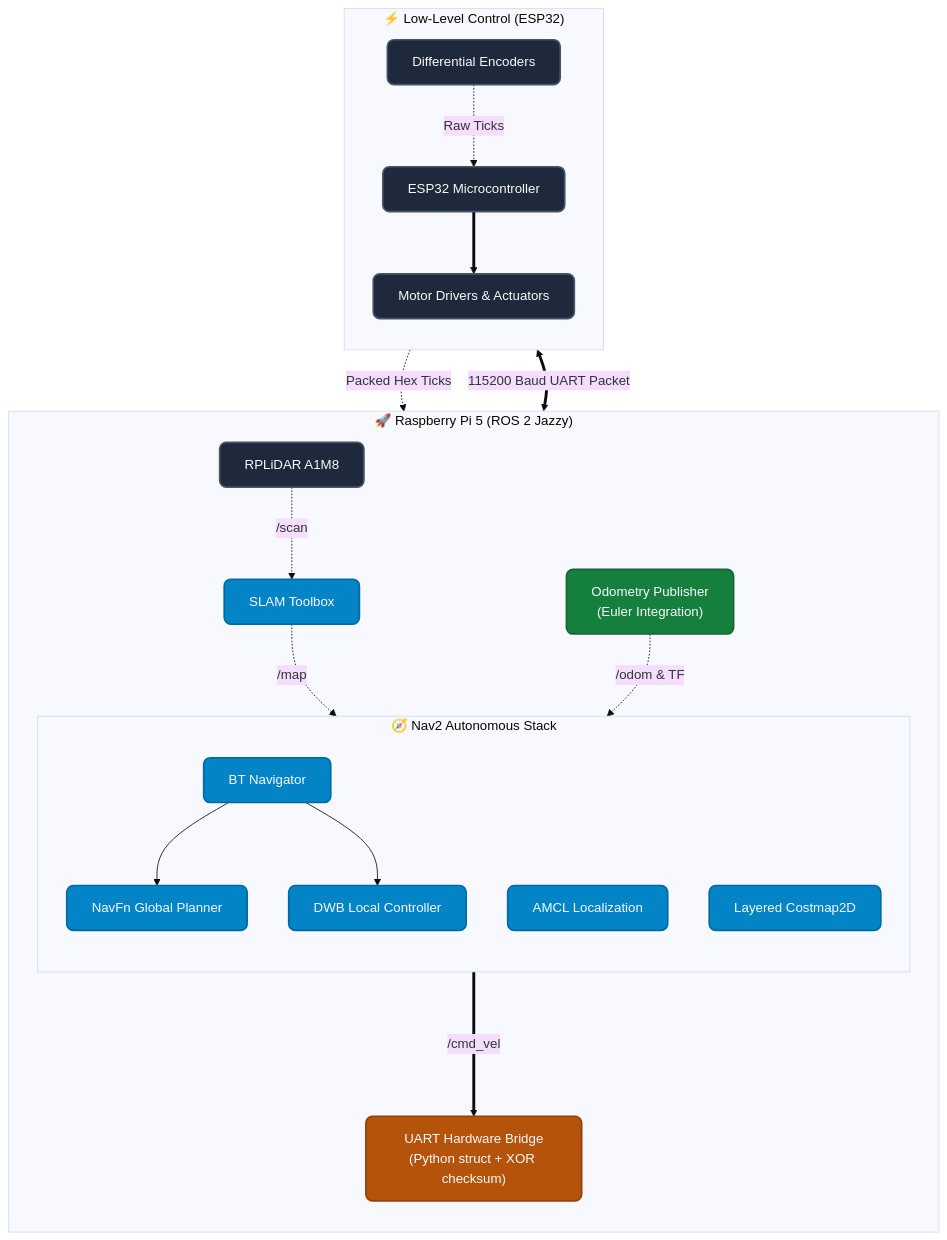
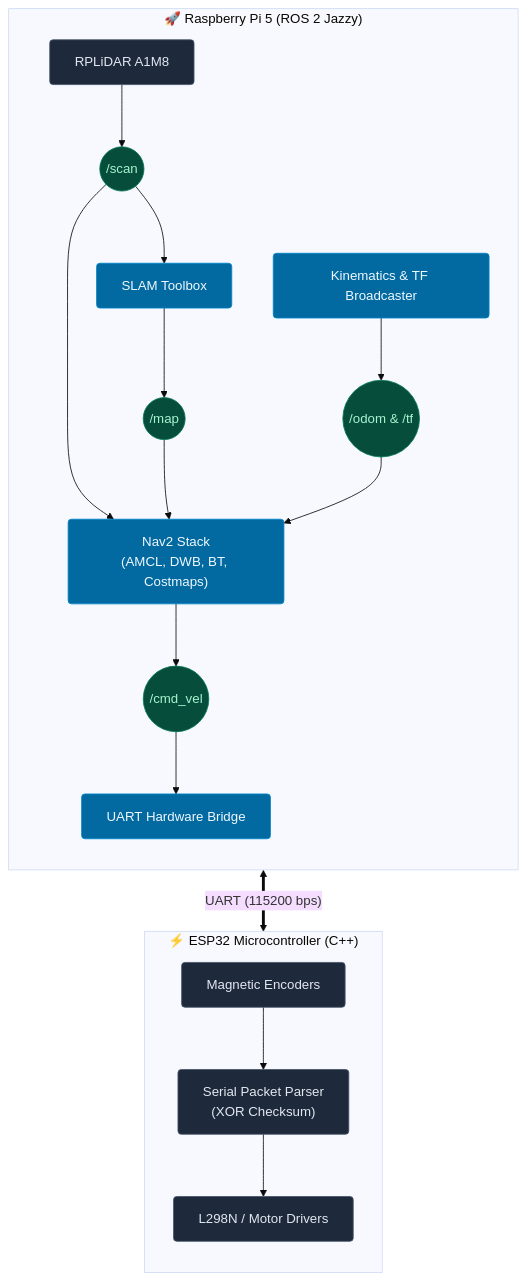
Before and after one commit to harshagm665-netizen/amr-nav-stack: the diagram in README.md, drawn with Mermaid (base theme).

Commit message:
docs: redesign architecture diagram for strict pub/sub ROS methodology

````diff
--- a/README.md
+++ b/README.md
@@ -32,40 +32,51 @@
 ```mermaid
-flowchart TD
-    %% Custom Styles for a Professional Aesthetic
-    classDef hardware fill:#1e293b,stroke:#475569,stroke-width:2px,color:#f8fafc,rx:8px,ry:8px;
-    classDef software fill:#0284c7,stroke:#0369a1,stroke-width:2px,color:#f8fafc,rx:8px,ry:8px;
-    classDef rosnode fill:#15803d,stroke:#166534,stroke-width:2px,color:#f8fafc,rx:8px,ry:8px;
-    classDef comms fill:#b45309,stroke:#92400e,stroke-width:2px,color:#f8fafc,rx:8px,ry:8px;
-    
-    %% Core System Graph
-    subgraph RPi ["🚀 Raspberry Pi 5 (ROS 2 Jazzy)"]
+flowchart TB
+    %% Premium ROS2 Styling
+    classDef hardware fill:#1e293b,stroke:#475569,stroke-width:1px,color:#e2e8f0,rx:4px
+    classDef rosnode fill:#0369a1,stroke:#0284c7,stroke-width:1px,color:#f0f9ff,rx:4px
+    classDef topic fill:#064e3b,stroke:#047857,stroke-width:1px,color:#a7f3d0,rx:16px
+
+    subgraph Pi["🚀 Raspberry Pi 5 (ROS 2 Jazzy)"]
         direction TB
         
-        LIDAR["RPLiDAR A1M8"]:::hardware -.->|/scan| SLAM["SLAM Toolbox"]:::software
+        %% Hardware & Nodes
+        LIDAR["RPLiDAR A1M8"]:::hardware
+        SLAM["SLAM Toolbox"]:::rosnode
+        Nav2["Nav2 Stack<br/>(AMCL, DWB, BT, Costmaps)"]:::rosnode
+        Odom["Kinematics & TF Broadcaster"]:::rosnode
+        Bridge["UART Hardware Bridge"]:::rosnode
         
-        subgraph Nav2 ["🧭 Nav2 Autonomous Stack"]
-            direction TB
-            BT["BT Navigator"]:::software --> NavFn["NavFn Global Planner"]:::software
-            BT --> DWB["DWB Local Controller"]:::software
-            AMCL["AMCL Localization"]:::software
-            Costmap["Layered Costmap2D"]:::software
-        end
+        %% Topics (Pub/Sub Hubs)
+        T_Scan(("/scan")):::topic
+        T_Map(("/map")):::topic
+        T_Odom(("/odom & /tf")):::topic
+        T_Cmd(("/cmd_vel")):::topic
         
-        SLAM -.->|/map| Nav2
-        ODOM["Odometry Publisher<br/>(Euler Integration)"]:::rosnode -.->|/odom & TF| Nav2
+        %% Data Flow
+        LIDAR --> T_Scan
+        T_Scan --> SLAM
+        T_Scan --> Nav2
         
-        Nav2 == /cmd_vel ===> HW["UART Hardware Bridge<br/>(Python struct + XOR checksum)"]:::comms
+        SLAM --> T_Map
+        T_Map --> Nav2
+        
+        Odom --> T_Odom
+        T_Odom --> Nav2
+        
+        Nav2 --> T_Cmd
+        T_Cmd --> Bridge
     end
 
-    subgraph ESP ["⚡ Low-Level Control (ESP32)"]
+    subgraph MCU["⚡ ESP32 Microcontroller (C++)"]
         direction TB
-        MCU["ESP32 Microcontroller"]:::hardware
-        Motors["Motor Drivers & Actuators"]:::hardware
-        Encoders["Differential Encoders"]:::hardware
+        Firmware["Serial Packet Parser<br/>(XOR Checksum)"]:::hardware
+        Motor["L298N / Motor Drivers"]:::hardware
+        Enc["Magnetic Encoders"]:::hardware
+        
+        Firmware --> Motor
+        Enc --> Firmware
     end
 
-    HW <=="115200 Baud UART Packet"==> MCU
-    MCU ==> Motors
-    Encoders -.->|Raw Ticks| MCU
-    MCU -.->|Packed Hex Ticks| ODOM
+    %% Physical Hardware Boundary
+    Bridge <==" UART (115200 bps) "==> Firmware
 ```
````
